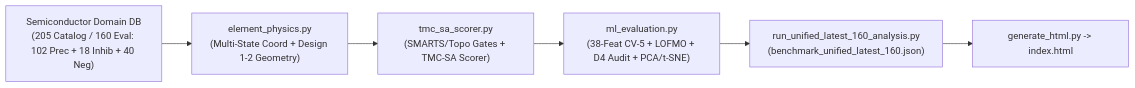
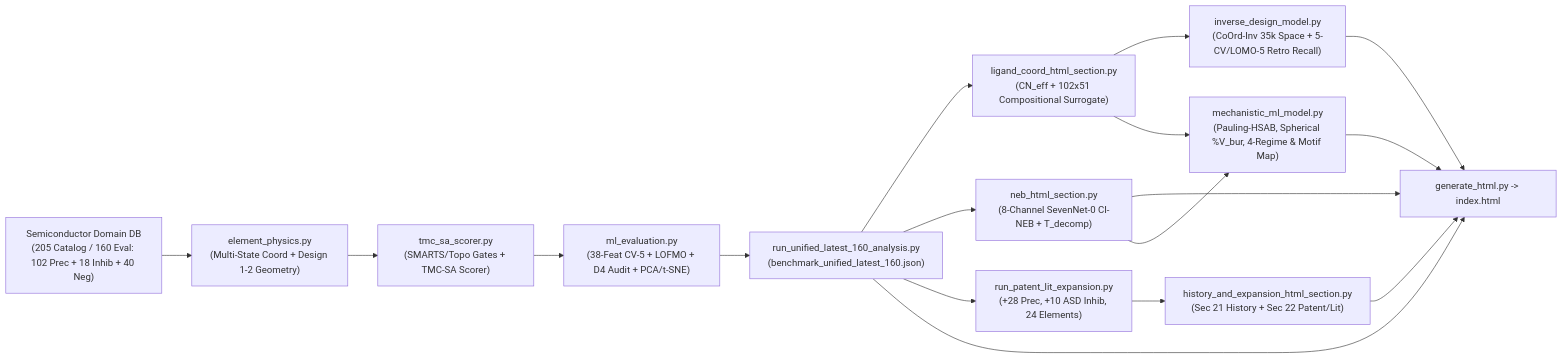
The first of 2 diagrams in README.md (DonghLee57/study_synthetic_accessibility), drawn with Mermaid before and after one commit. The commit also changed other lines of this file and 11 other files, not shown here.

````diff
--- a/README.md
+++ b/README.md
@@ -180,8 +187,19 @@
 ```mermaid
 flowchart LR
     DB["Semiconductor Domain DB<br>(205 Catalog / 160 Eval: 102 Prec + 18 Inhib + 40 Neg)"] --> EP["element_physics.py<br>(Multi-State Coord + Design 1-2 Geometry)"]
     EP --> TS["tmc_sa_scorer.py<br>(SMARTS/Topo Gates + TMC-SA Scorer)"]
     TS --> MLE["ml_evaluation.py<br>(38-Feat CV-5 + LOFMO + D4 Audit + PCA/t-SNE)"]
     MLE --> ORCH["run_unified_latest_160_analysis.py<br>(benchmark_unified_latest_160.json)"]
-    ORCH --> HTML["generate_html.py -> index.html"]
+    ORCH --> LIG["ligand_coord_html_section.py<br>(CN_eff + 102x51 Compositional Surrogate)"]
+    ORCH --> NEB["neb_html_section.py<br>(8-Channel SevenNet-0 CI-NEB + T_decomp)"]
+    LIG --> INV["inverse_design_model.py<br>(CoOrd-Inv 35k Space + 5-CV/LOMO-5 Retro Recall)"]
+    NEB --> HTML["generate_html.py -> index.html"]
+    INV --> HTML
+    LIG --> MECH["mechanistic_ml_model.py<br>(Pauling-HSAB, Spherical %V_bur, 4-Regime & Motif Map)"]
+    NEB --> MECH
+    MECH --> HTML
+    ORCH --> EXP["run_patent_lit_expansion.py<br>(+28 Prec, +10 ASD Inhib, 24 Elements)"]
+    EXP --> HIST["history_and_expansion_html_section.py<br>(Sec 21 History + Sec 22 Patent/Lit)"]
+    HIST --> HTML
+    ORCH --> HTML
 ```
````
